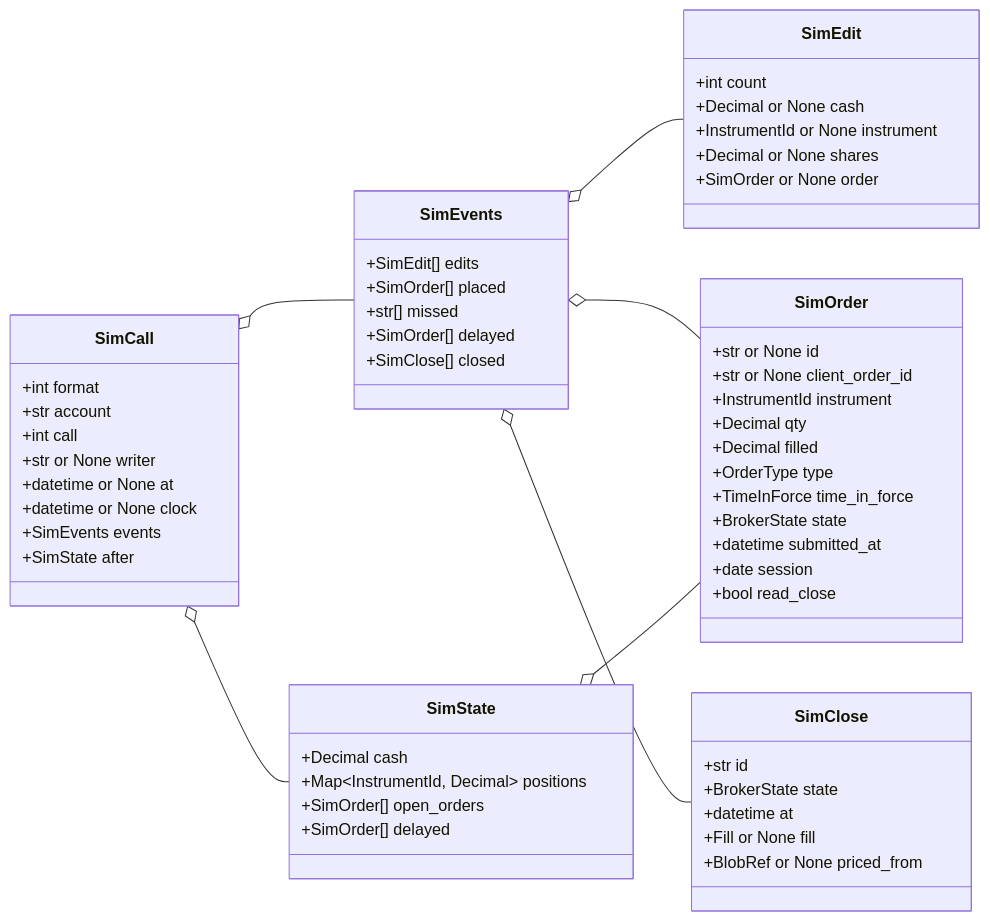
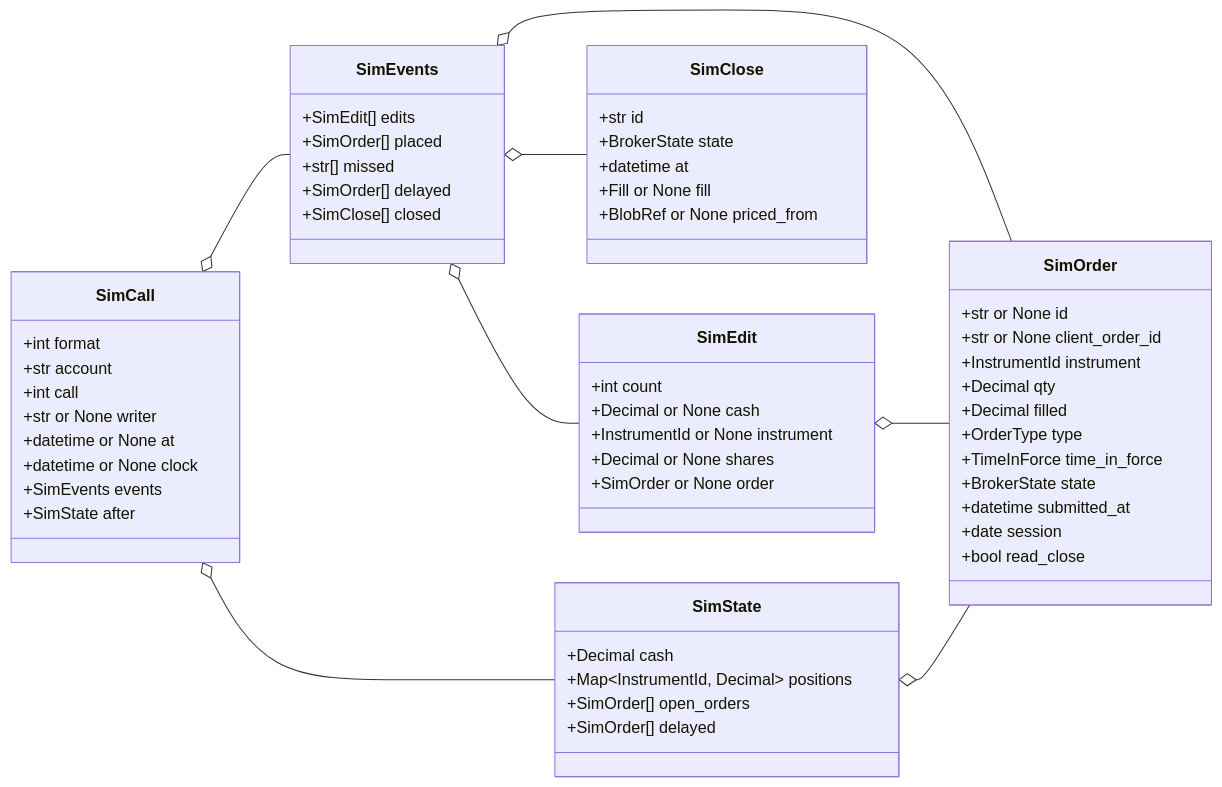
The second of 4 diagrams in docs/architecture/08-crosscutting-concepts.md (l3a0/ithildin-runtime), drawn with Mermaid before and after one commit. The commit also changed other lines of this file and 21 other files, not shown here.

````diff
--- a/docs/architecture/08-crosscutting-concepts.md
+++ b/docs/architecture/08-crosscutting-concepts.md
@@ -311,61 +311,62 @@
 ```mermaid
 classDiagram
     direction LR
 
     class SimCall {
         +int format
         +str account
         +int call
         +str or None writer
         +datetime or None at
         +datetime or None clock
         +SimEvents events
         +SimState after
     }
     class SimEvents {
         +SimEdit[] edits
         +SimOrder[] placed
         +str[] missed
         +SimOrder[] delayed
         +SimClose[] closed
     }
     class SimState {
         +Decimal cash
         +Map~InstrumentId, Decimal~ positions
         +SimOrder[] open_orders
         +SimOrder[] delayed
     }
     class SimOrder {
         +str or None id
         +str or None client_order_id
         +InstrumentId instrument
         +Decimal qty
         +Decimal filled
         +OrderType type
         +TimeInForce time_in_force
         +BrokerState state
         +datetime submitted_at
         +date session
         +bool read_close
     }
     class SimClose {
         +str id
         +BrokerState state
         +datetime at
         +Fill or None fill
         +BlobRef or None priced_from
     }
     class SimEdit {
         +int count
         +Decimal or None cash
         +InstrumentId or None instrument
         +Decimal or None shares
         +SimOrder or None order
     }
     SimCall o-- SimEvents
     SimCall o-- SimState
     SimEvents o-- SimEdit
     SimEvents o-- SimOrder
     SimEvents o-- SimClose
+    SimEdit o-- SimOrder
     SimState o-- SimOrder
 ```
````
